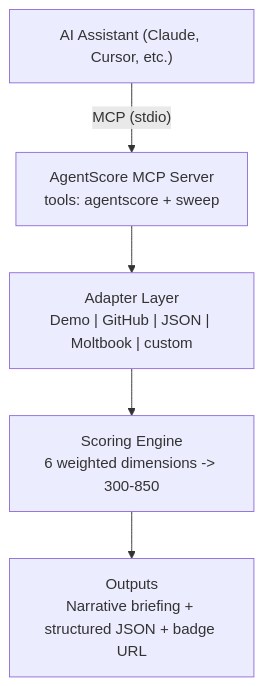
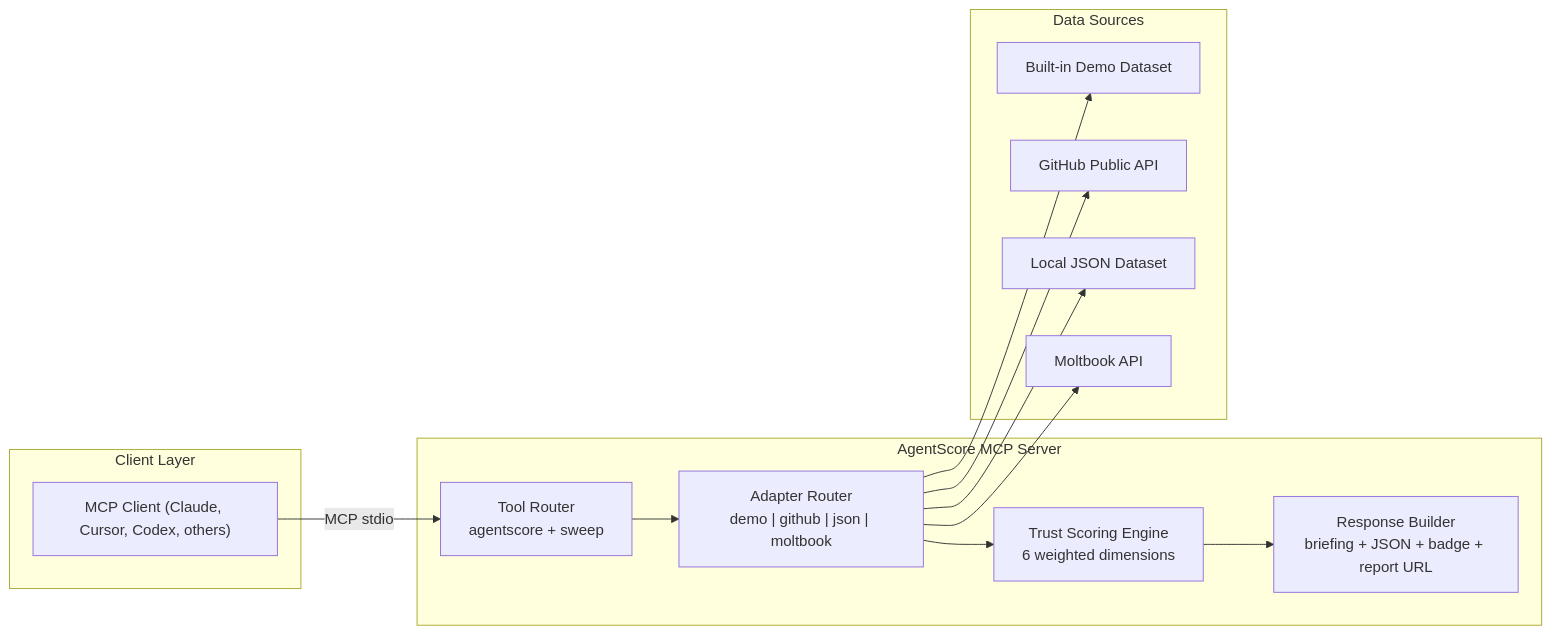
One commit to tmishra-sp/agentscore-mcp changed the diagram in README.md. Above: the diagram before and after it, drawn with Mermaid. The commit also changed other lines of this file and 9 other files, not shown here.

Commit message:
Release v1.0.4: harden onboarding, architecture, and CI smoke

````diff
--- a/README.md
+++ b/README.md
@@ -364,7 +415,29 @@
 ```mermaid
-flowchart TD
-  A["AI Assistant (Claude, Cursor, etc.)"] -->|"MCP (stdio)"| B["AgentScore MCP Server<br/>tools: agentscore + sweep"]
-  B --> C["Adapter Layer<br/>Demo | GitHub | JSON | Moltbook | custom"]
-  C --> D["Scoring Engine<br/>6 weighted dimensions -> 300-850"]
-  D --> E["Outputs<br/>Narrative briefing + structured JSON + badge URL"]
+flowchart LR
+  subgraph CLIENT["Client Layer"]
+    A["MCP Client (Claude, Cursor, Codex, others)"]
+  end
+
+  subgraph SERVER["AgentScore MCP Server"]
+    B["Tool Router<br/>agentscore + sweep"]
+    C["Adapter Router<br/>demo | github | json | moltbook"]
+    D["Trust Scoring Engine<br/>6 weighted dimensions"]
+    E["Response Builder<br/>briefing + JSON + badge + report URL"]
+  end
+
+  subgraph DATA["Data Sources"]
+    F["Built-in Demo Dataset"]
+    G["GitHub Public API"]
+    H["Local JSON Dataset"]
+    I["Moltbook API"]
+  end
+
+  A -->|"MCP stdio"| B
+  B --> C
+  C --> D
+  D --> E
+  C --> F
+  C --> G
+  C --> H
+  C --> I
 ```
````
